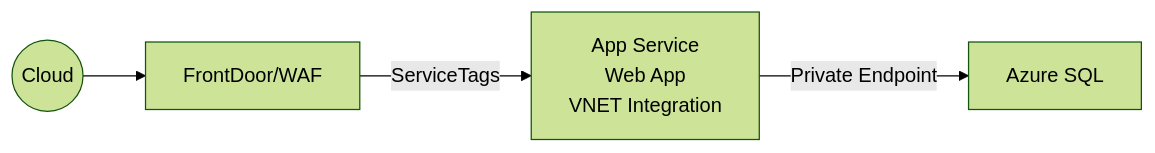
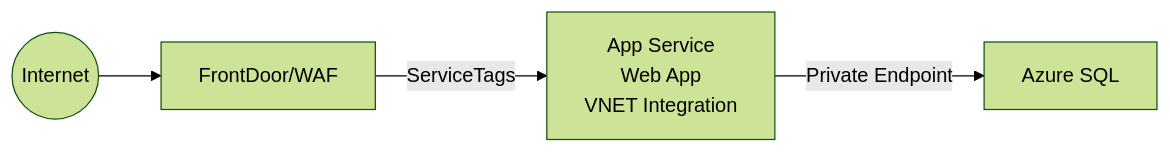
One commit to msalemor/app-services-networking changed the fourth of 6 diagrams in README.md. Above: the diagram before and after it, drawn with Mermaid (forest theme). The commit also changed other lines of this file, not shown here.

````diff
--- a/README.md
+++ b/README.md
@@ -71,6 +71,6 @@
 ```mermaid
 graph LR;
-    A((Cloud))-->B[FrontDoor/WAF];
+    A((Internet))-->B[FrontDoor/WAF];
     B-- ServiceTags -->C[App Service<br/>Web App<br/>VNET Integration];
     C-- Private Endpoint-->D[Azure SQL];   
 ```
````
